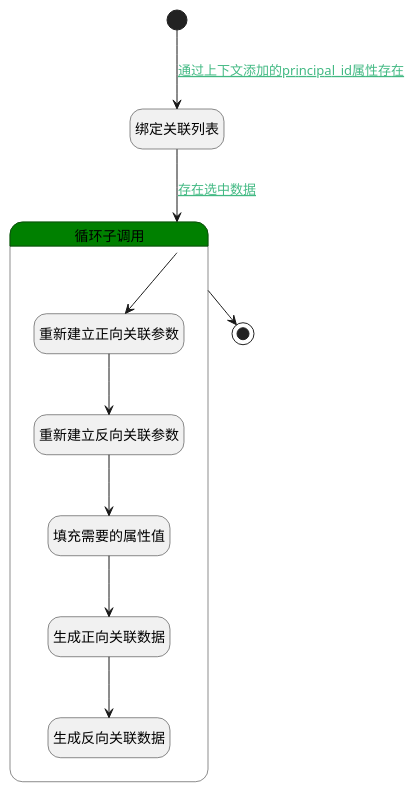
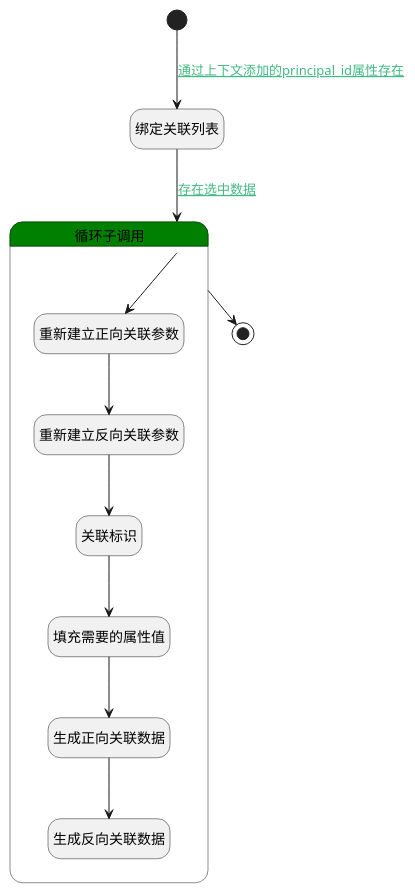
The diagram in doc/docsify/module/TestMgmt/test_case/logic/others_relation_test_case.md (iBizLab/iBizPLM), drawn with PlantUML before and after one commit. The commit also changed other lines of this file and 1454 other files, not shown here.

````diff
--- a/doc/docsify/module/TestMgmt/test_case/logic/others_relation_test_case.md
+++ b/doc/docsify/module/TestMgmt/test_case/logic/others_relation_test_case.md
@@ -7,34 +7,36 @@
 ```plantuml
 @startuml
 hide empty description
 <style>
 root {
   HyperlinkColor #42b983
 }
 </style>
 
 hide empty description
 state "开始" as Begin <<start>> [[$./others_relation_test_case#begin {"开始"}]]
 state "绑定关联列表" as BINDPARAM1  [[$./others_relation_test_case#bindparam1 {"绑定关联列表"}]]
 state "结束" as END1 <<end>> [[$./others_relation_test_case#end1 {"结束"}]]
 state "循环子调用" as LOOPSUBCALL1  [[$./others_relation_test_case#loopsubcall1 {"循环子调用"}]] #green {
 state "重新建立正向关联参数" as RENEWPARAM1  [[$./others_relation_test_case#renewparam1 {"重新建立正向关联参数"}]]
 state "重新建立反向关联参数" as RENEWPARAM2  [[$./others_relation_test_case#renewparam2 {"重新建立反向关联参数"}]]
+state "关联标识" as RAWSFCODE1  [[$./others_relation_test_case#rawsfcode1 {"关联标识"}]]
 state "填充需要的属性值" as PREPAREPARAM1  [[$./others_relation_test_case#prepareparam1 {"填充需要的属性值"}]]
 state "生成正向关联数据" as DEACTION1  [[$./others_relation_test_case#deaction1 {"生成正向关联数据"}]]
 state "生成反向关联数据" as DEACTION2  [[$./others_relation_test_case#deaction2 {"生成反向关联数据"}]]
 }
 
 
 Begin --> BINDPARAM1 : [[$./others_relation_test_case#begin-bindparam1{通过上下文添加的principal_id属性存在} 通过上下文添加的principal_id属性存在]]
 BINDPARAM1 --> LOOPSUBCALL1 : [[$./others_relation_test_case#bindparam1-loopsubcall1{存在选中数据} 存在选中数据]]
 LOOPSUBCALL1 --> RENEWPARAM1
 RENEWPARAM1 --> RENEWPARAM2
-RENEWPARAM2 --> PREPAREPARAM1
+RENEWPARAM2 --> RAWSFCODE1
+RAWSFCODE1 --> PREPAREPARAM1
 PREPAREPARAM1 --> DEACTION1
 DEACTION1 --> DEACTION2
 LOOPSUBCALL1 --> END1
 
 
 @enduml
 ```
````
